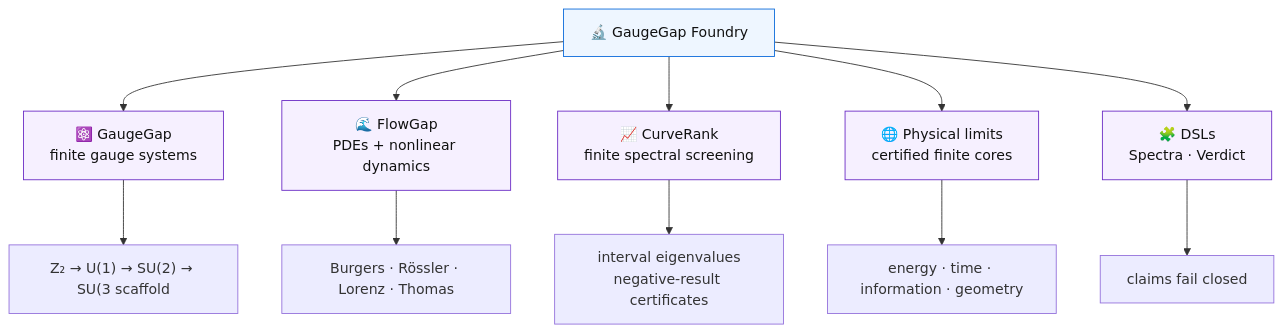
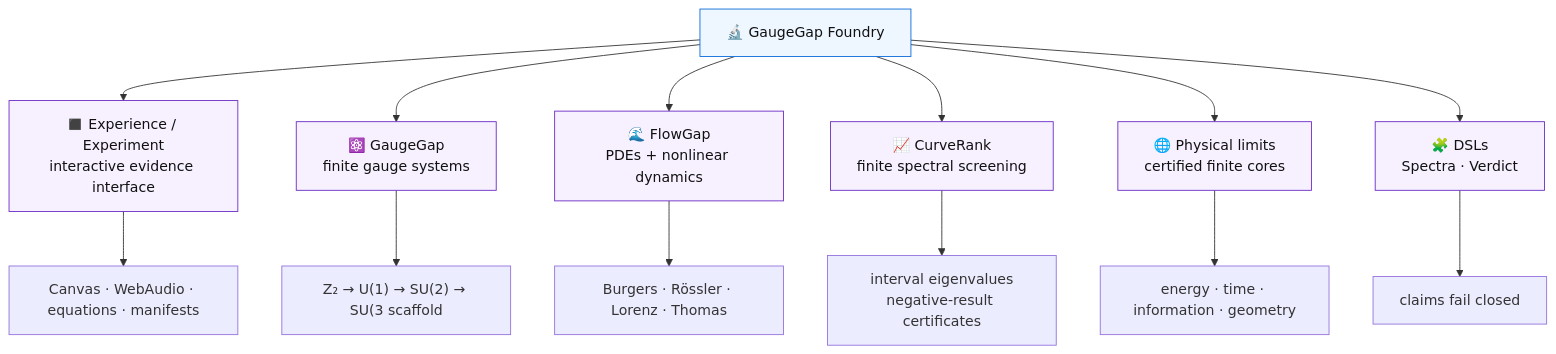
One commit to XioAISolutions/gaugegap-foundry changed the first of 8 diagrams in README.md. Above: the diagram before and after it, drawn with Mermaid. The commit also changed other lines of this file and 5 other files, not shown here.

````diff
--- a/README.md
+++ b/README.md
@@ -46,20 +48,22 @@
 ```mermaid
 flowchart TD
     F["🔬 GaugeGap Foundry"]
+    F --> X["◼️ Experience / Experiment<br/>interactive evidence interface"]
     F --> G["⚛️ GaugeGap<br/>finite gauge systems"]
     F --> FL["🌊 FlowGap<br/>PDEs + nonlinear dynamics"]
     F --> C["📈 CurveRank<br/>finite spectral screening"]
     F --> P["🌐 Physical limits<br/>certified finite cores"]
     F --> D["🧩 DSLs<br/>Spectra · Verdict"]
 
+    X --> X1["Canvas · WebAudio · equations · manifests"]
     G --> G1["Z₂ → U(1) → SU(2) → SU(3 scaffold"]
     FL --> FL1["Burgers · Rössler · Lorenz · Thomas"]
     C --> C1["interval eigenvalues<br/>negative-result certificates"]
     P --> P1["energy · time · information · geometry"]
     D --> D1["claims fail closed"]
 
     classDef main fill:#eef6ff,stroke:#0969da,color:#111;
     classDef edge fill:#f6f0ff,stroke:#6929c4,color:#111;
     class F main;
-    class G,FL,C,P,D edge;
+    class X,G,FL,C,P,D edge;
 ```
````
